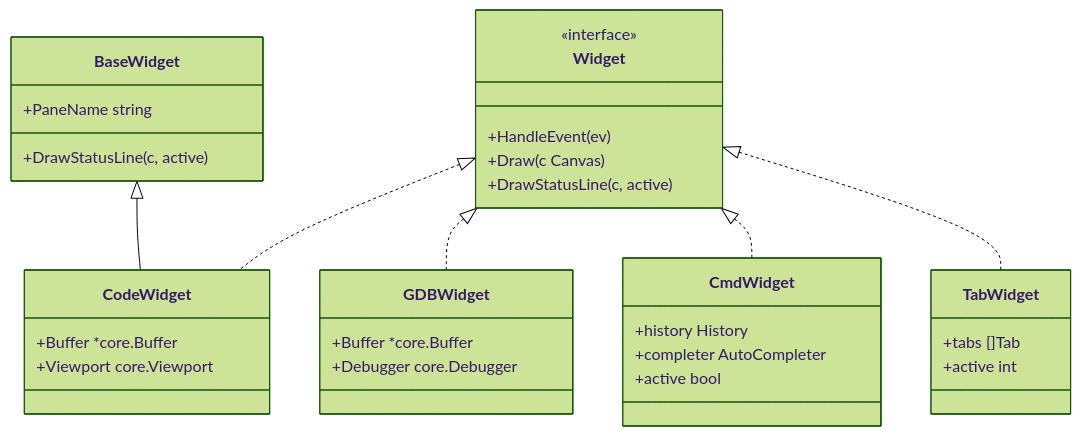
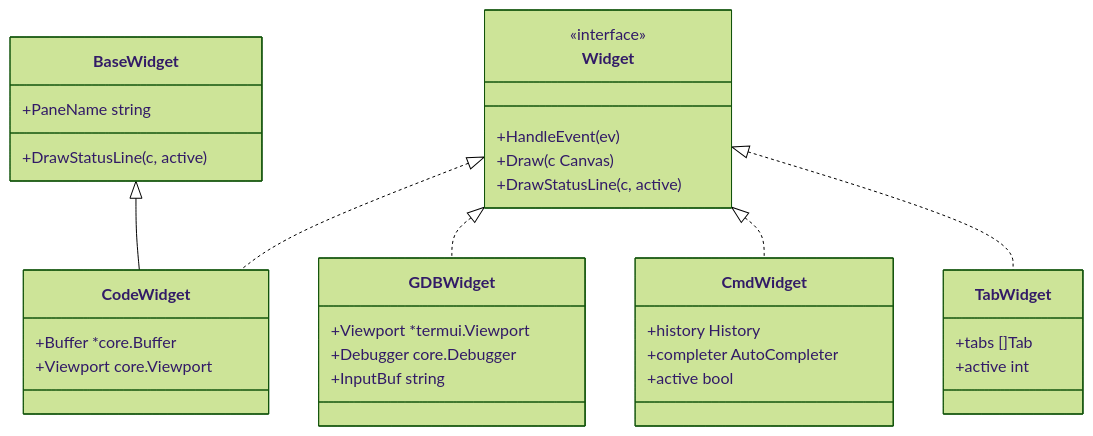
One commit to yairgd/gdbforge changed the first of 7 diagrams in docs/UI_ARCHITECTURE.md. Above: the diagram before and after it, drawn with Mermaid (forest theme). The commit also changed other lines of this file and 8 other files, not shown here.

````diff
--- a/docs/UI_ARCHITECTURE.md
+++ b/docs/UI_ARCHITECTURE.md
@@ -59,43 +59,44 @@
 ```mermaid
 classDiagram
     direction TB
 
     class Widget {
         <<interface>>
         +HandleEvent(ev)
         +Draw(c Canvas)
         +DrawStatusLine(c, active)
     }
 
     class BaseWidget {
         +PaneName string
         +DrawStatusLine(c, active)
     }
 
     class CodeWidget {
         +Buffer *core.Buffer
         +Viewport core.Viewport
     }
 
     class GDBWidget {
-        +Buffer *core.Buffer
+        +Viewport *termui.Viewport
         +Debugger core.Debugger
+        +InputBuf string
     }
 
     class CmdWidget {
         +history History
         +completer AutoCompleter
         +active bool
     }
 
     class TabWidget {
         +tabs []Tab
         +active int
     }
 
     Widget <|.. CodeWidget
     Widget <|.. GDBWidget
     Widget <|.. CmdWidget
     Widget <|.. TabWidget
     BaseWidget <|-- CodeWidget
 ```
````
